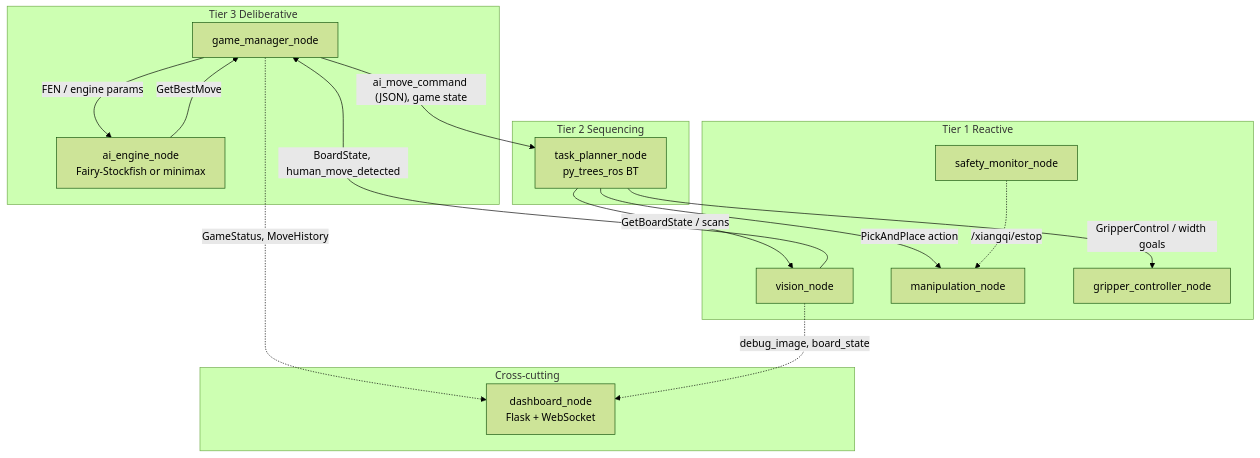
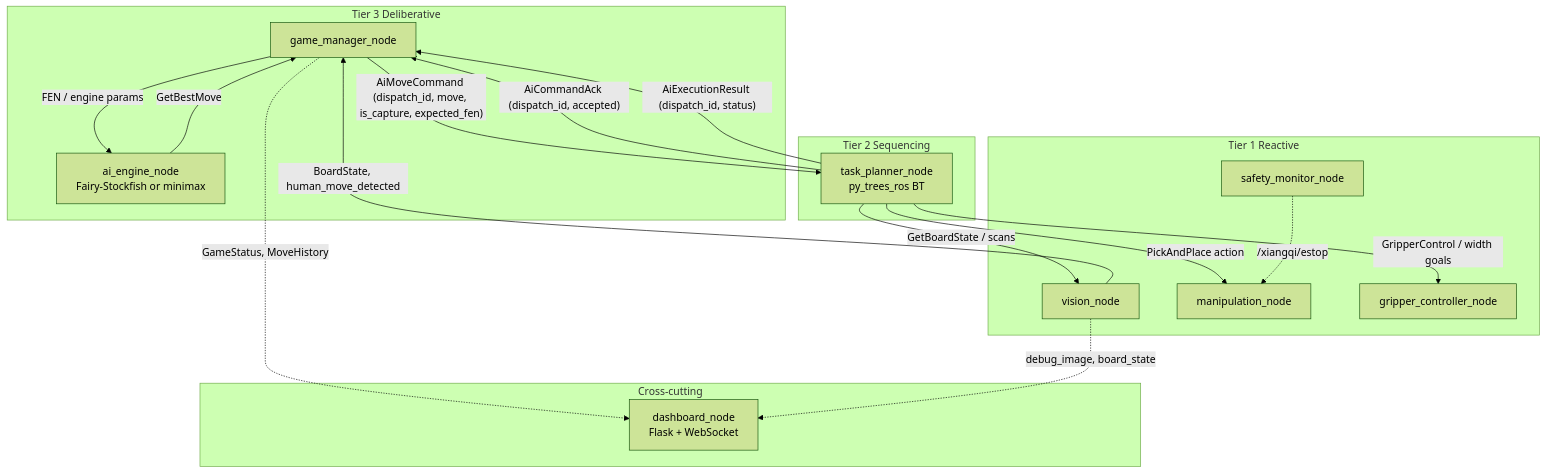
One commit to giatinhuynh/par_ur5e_xiangqi changed the diagram in README.md. Above: the diagram before and after it, drawn with Mermaid (forest theme).

Commit message:
Update README to reflect changes in AI command messaging. Modify GameManager and TaskPlanner interactions to include new message formats for AI move commands, acknowledgments, and execution results, enhancing clarity on communication between components.

````diff
--- a/README.md
+++ b/README.md
@@ -48,33 +48,35 @@
 ```mermaid
 graph TB
   subgraph deliberative [Tier 3 Deliberative]
     GameManager["game_manager_node"]
     AIEngine["ai_engine_node<br/>Fairy-Stockfish or minimax"]
   end
 
   subgraph sequencing [Tier 2 Sequencing]
     TaskPlanner["task_planner_node<br/>py_trees_ros BT"]
   end
 
   subgraph reactive [Tier 1 Reactive]
     VisionNode["vision_node"]
     ManipNode["manipulation_node"]
     GripperNode["gripper_controller_node"]
     SafetyNode["safety_monitor_node"]
   end
 
   subgraph crosscutting [Cross-cutting]
     Dashboard["dashboard_node<br/>Flask + WebSocket"]
   end
 
-  GameManager -->|"ai_move_command (JSON), game state"| TaskPlanner
+  GameManager -->|"AiMoveCommand (dispatch_id, move, is_capture, expected_fen)"| TaskPlanner
+  TaskPlanner -->|"AiCommandAck (dispatch_id, accepted)"| GameManager
+  TaskPlanner -->|"AiExecutionResult (dispatch_id, status)"| GameManager
   AIEngine -->|"GetBestMove"| GameManager
   GameManager -->|"FEN / engine params"| AIEngine
   VisionNode -->|"BoardState, human_move_detected"| GameManager
   TaskPlanner -->|"PickAndPlace action"| ManipNode
   TaskPlanner -->|"GripperControl / width goals"| GripperNode
   TaskPlanner -->|"GetBoardState / scans"| VisionNode
   SafetyNode -.->|"/xiangqi/estop"| ManipNode
   GameManager -.->|"GameStatus, MoveHistory"| Dashboard
   VisionNode -.->|"debug_image, board_state"| Dashboard
 ```
````
